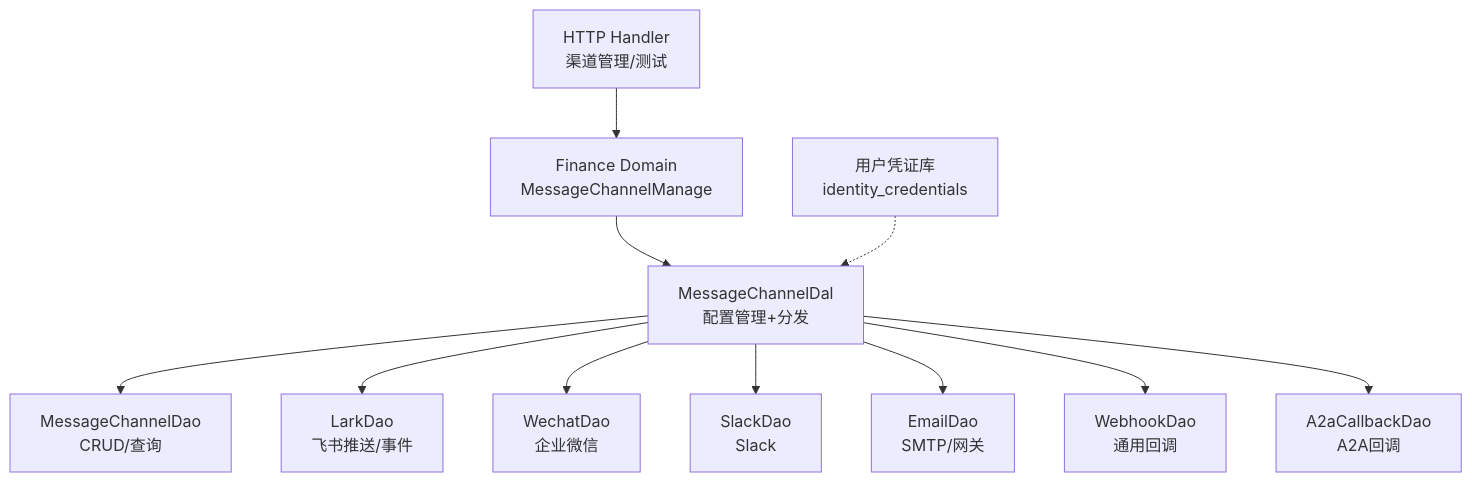
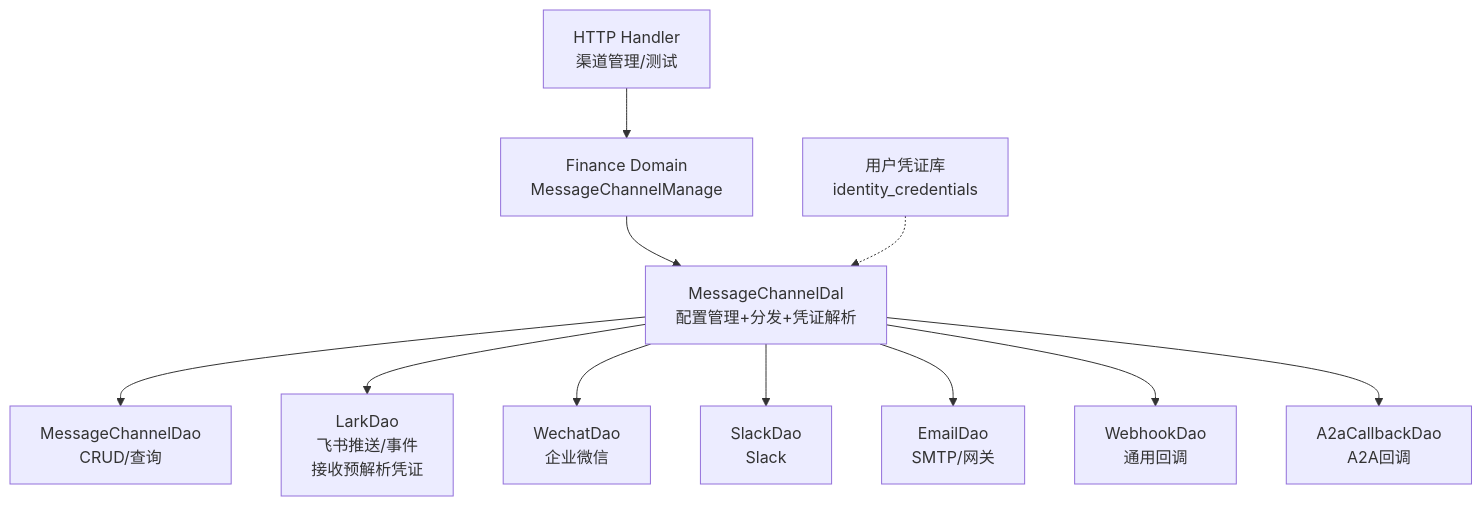
Before and after one commit to runningcoders/ai_orz: the first of 6 diagrams in .qoder/repowiki/zh/content/功能模块/消息系统/消息渠道管理.md, drawn with Mermaid. The commit also changed other lines of this file and 5 other files, not shown here.

````diff
--- a/.qoder/repowiki/zh/content/功能模块/消息系统/消息渠道管理.md
+++ b/.qoder/repowiki/zh/content/功能模块/消息系统/消息渠道管理.md
@@ -60,13 +60,13 @@
 ```mermaid
 graph TB
 Handler["HTTP Handler<br/>渠道管理/测试"] --> Domain["Finance Domain<br/>MessageChannelManage"]
-Domain --> DAL["MessageChannelDal<br/>配置管理+分发"]
+Domain --> DAL["MessageChannelDal<br/>配置管理+分发+凭证解析"]
 DAL --> DAO_MC["MessageChannelDao<br/>CRUD/查询"]
-DAL --> DAO_Lark["LarkDao<br/>飞书推送/事件"]
+DAL --> DAO_Lark["LarkDao<br/>飞书推送/事件<br/>接收预解析凭证"]
 DAL --> DAO_Wechat["WechatDao<br/>企业微信"]
 DAL --> DAO_Slack["SlackDao<br/>Slack"]
 DAL --> DAO_Email["EmailDao<br/>SMTP/网关"]
 DAL --> DAO_Webhook["WebhookDao<br/>通用回调"]
 DAL --> DAO_A2A["A2aCallbackDao<br/>A2A回调"]
 UserStore["用户凭证库<br/>identity_credentials"] -.-> DAL
 ```
````
